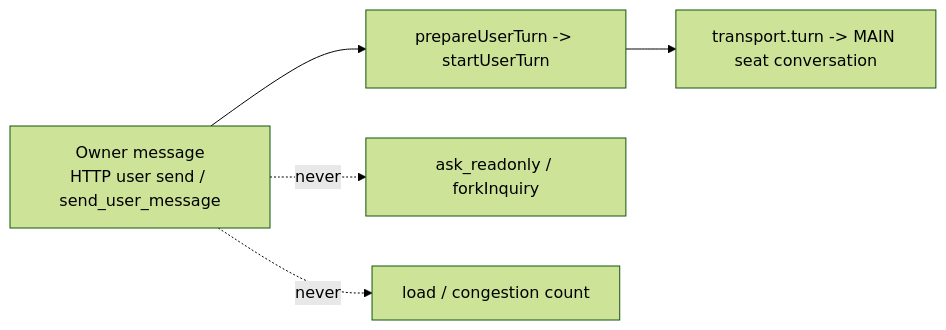
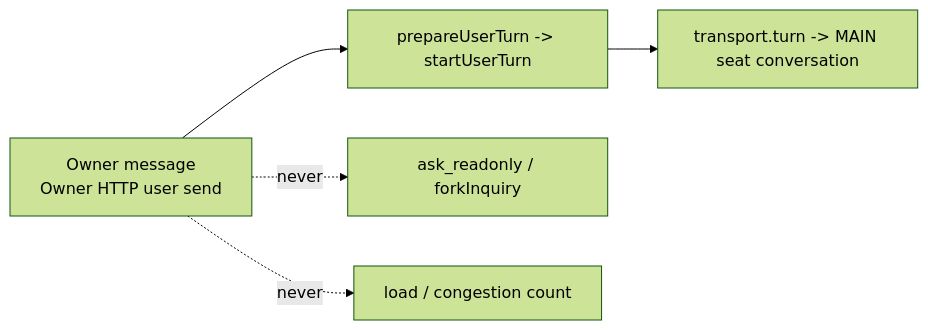
Before and after one commit to kitepon/BellTeam: the fourth of 4 diagrams in docs/architecture/modules/conversation/fork-inquiry.md, drawn with Mermaid (forest theme). The commit also changed other lines of this file and 20 other files, not shown here.

First line of the commit message:
Audit H2: a Bot cannot send as the Owner; deliveries are seat-only

````diff
--- a/docs/architecture/modules/conversation/fork-inquiry.md
+++ b/docs/architecture/modules/conversation/fork-inquiry.md
@@ -200,7 +200,7 @@
 ```mermaid
 flowchart LR
-  O["Owner message<br/>HTTP user send / send_user_message"] --> U["prepareUserTurn -> startUserTurn"]
+  O["Owner message<br/>Owner HTTP user send"] --> U["prepareUserTurn -> startUserTurn"]
   U --> T["transport.turn -> MAIN seat conversation"]
   O -. never .-> F["ask_readonly / forkInquiry"]
   O -. never .-> L["load / congestion count"]
 ```
````
